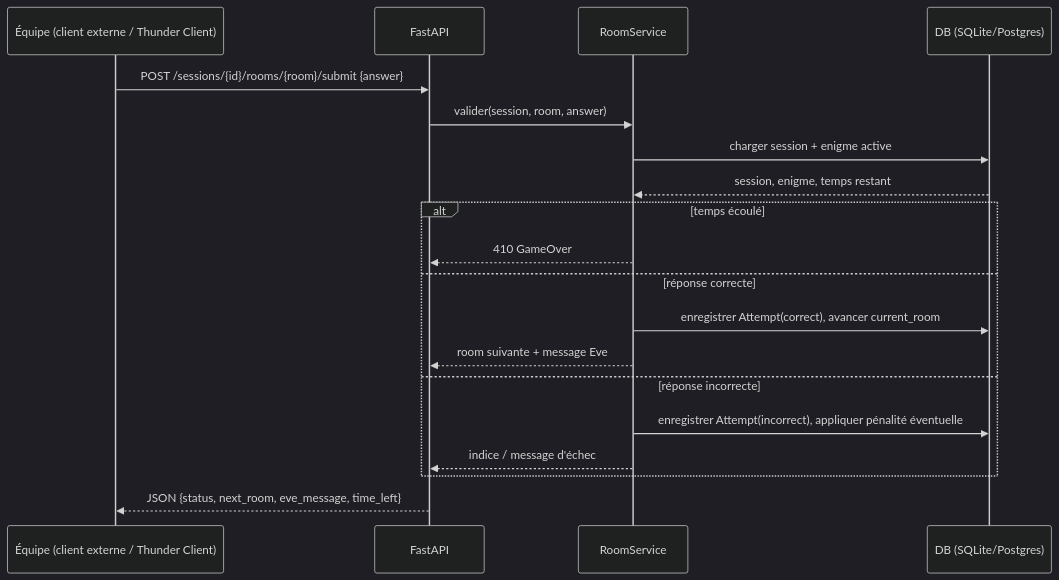
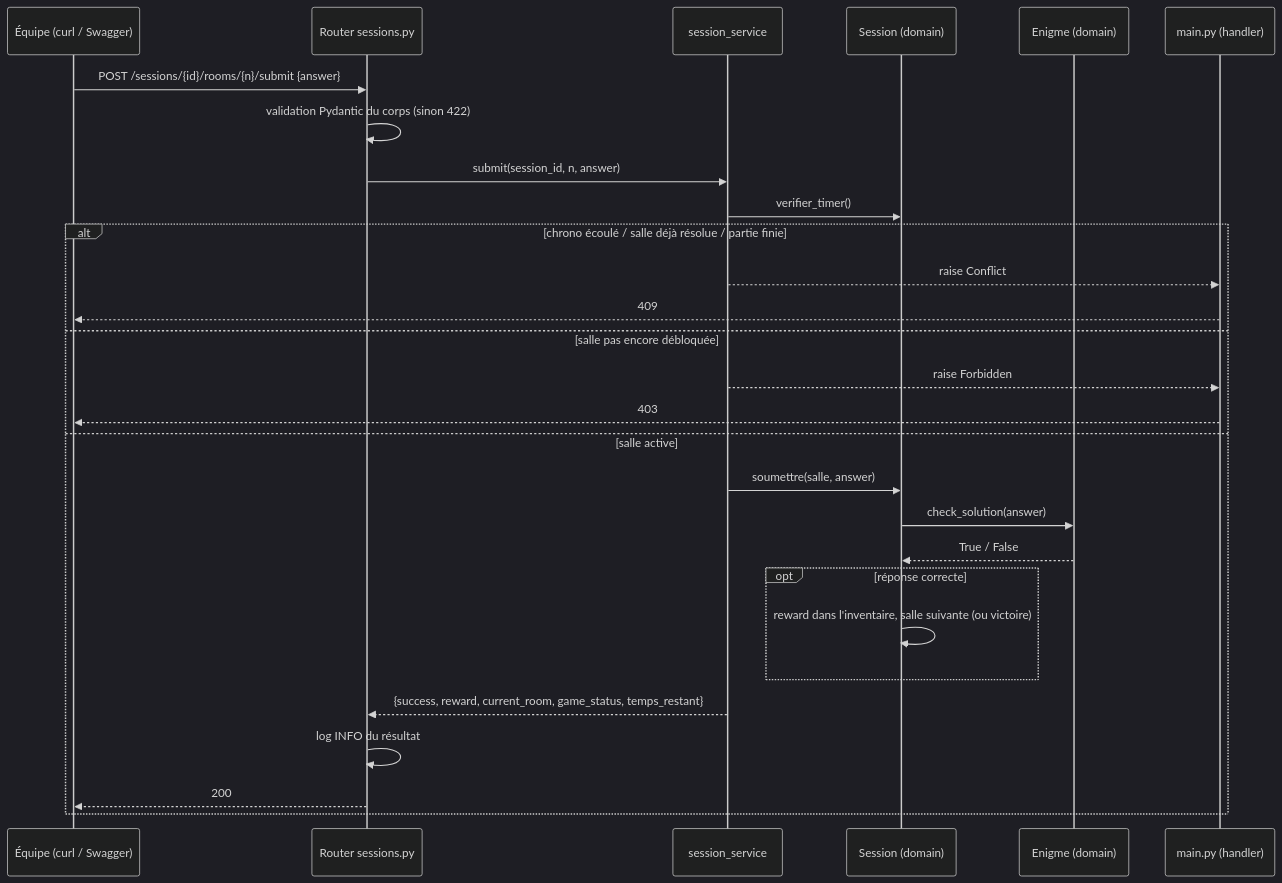
Before and after one commit to Benjylem/Python-FastAPI: the second of 4 diagrams in R00t_Override/docs/architecture.md, drawn with Mermaid (dark theme). The commit also changed other lines of this file and 2 other files, not shown here.

First line of the commit message:
[FIX] doc alignee sur le code : services/, logs des routers, indices d'Eve

````diff
--- a/R00t_Override/docs/architecture.md
+++ b/R00t_Override/docs/architecture.md
@@ -26,22 +37,31 @@
 ```mermaid
 sequenceDiagram
-    participant Equipe as Équipe (client externe / Thunder Client)
-    participant API as FastAPI
-    participant Svc as RoomService
-    participant DB as DB (SQLite/Postgres)
+    participant Equipe as Équipe (curl / Swagger)
+    participant API as Router sessions.py
+    participant Svc as session_service
+    participant Session as Session (domain)
+    participant Enigme as Enigme (domain)
+    participant Main as main.py (handler)
 
-    Equipe->>API: POST /sessions/{id}/rooms/{room}/submit {answer}
-    API->>Svc: valider(session, room, answer)
-    Svc->>DB: charger session + enigme active
-    DB-->>Svc: session, enigme, temps restant
-    alt temps écoulé
-        Svc-->>API: 410 GameOver
-    else réponse correcte
-        Svc->>DB: enregistrer Attempt(correct), avancer current_room
-        Svc-->>API: room suivante + message Eve
-    else réponse incorrecte
-        Svc->>DB: enregistrer Attempt(incorrect), appliquer pénalité éventuelle
-        Svc-->>API: indice / message d'échec
+    Equipe->>API: POST /sessions/{id}/rooms/{n}/submit {answer}
+    API->>API: validation Pydantic du corps (sinon 422)
+    API->>Svc: submit(session_id, n, answer)
+    Svc->>Session: verifier_timer()
+    alt chrono écoulé / salle déjà résolue / partie finie
+        Svc-->>Main: raise Conflict
+        Main-->>Equipe: 409
+    else salle pas encore débloquée
+        Svc-->>Main: raise Forbidden
+        Main-->>Equipe: 403
+    else salle active
+        Svc->>Session: soumettre(salle, answer)
+        Session->>Enigme: check_solution(answer)
+        Enigme-->>Session: True / False
+        opt réponse correcte
+            Session->>Session: reward dans l'inventaire, salle suivante (ou victoire)
+        end
+        Svc-->>API: {success, reward, current_room, game_status, temps_restant}
+        API->>API: log INFO du résultat
+        API-->>Equipe: 200
     end
-    API-->>Equipe: JSON {status, next_room, eve_message, time_left}
 ```
````
